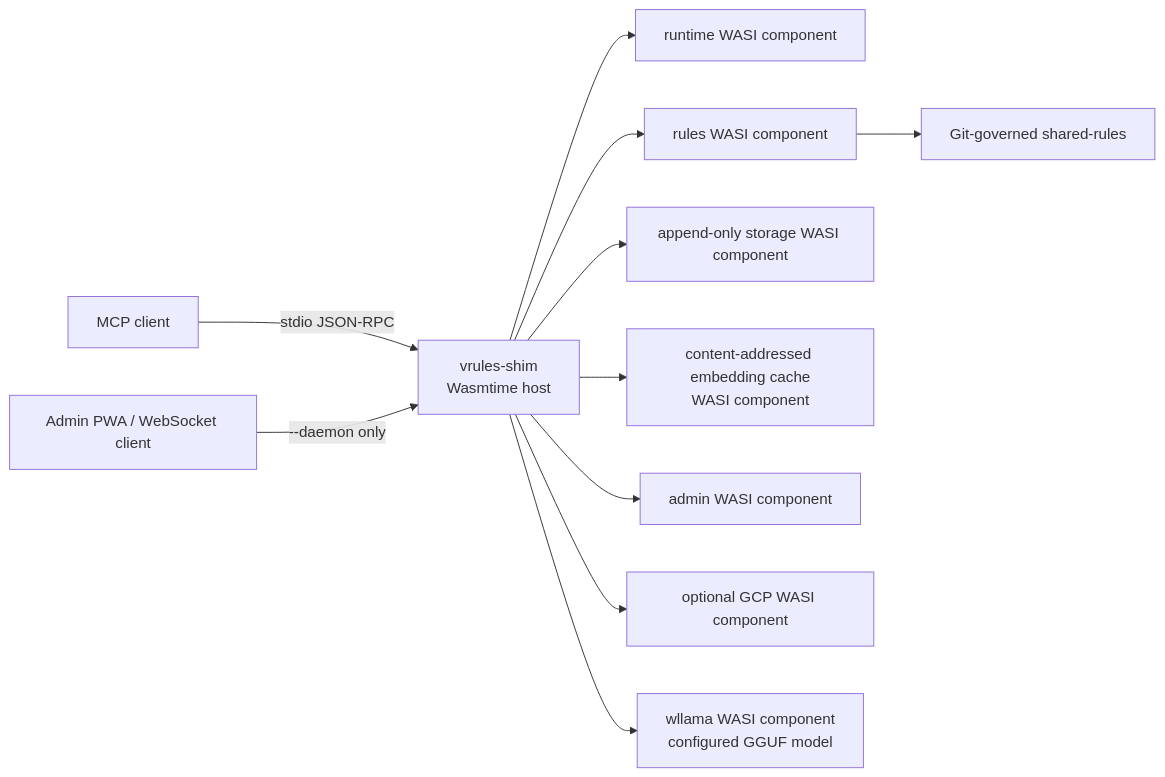
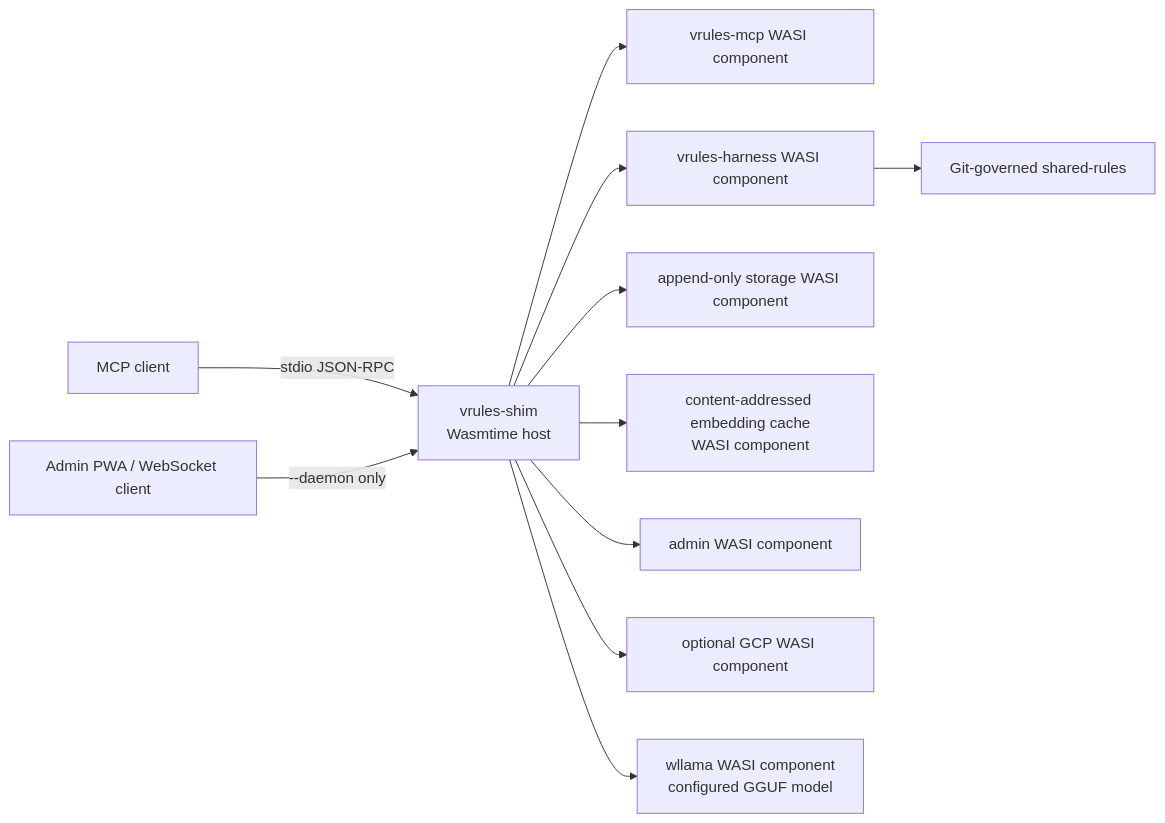
One commit to ops-ping/vector-rules changed the first of 2 diagrams in docs/ARCHITECTURE.md. Above: the diagram before and after it, drawn with Mermaid. The commit also changed other lines of this file and 22 other files, not shown here.

Commit message:
refactor: rename vrules-runtime -> vrules-mcp and vrules-rules -> vrules-harness, add component READMEs

````diff
--- a/docs/ARCHITECTURE.md
+++ b/docs/ARCHITECTURE.md
@@ -7,13 +7,13 @@
 ```mermaid
 flowchart LR
     Client["MCP client"] -->|stdio JSON-RPC| Host["vrules-shim<br/>Wasmtime host"]
     Browser["Admin PWA / WebSocket client"] -->|--daemon only| Host
-    Host --> Runtime["runtime WASI component"]
-    Host --> Rules["rules WASI component"]
+    Host --> MCP["vrules-mcp WASI component"]
+    Host --> Harness["vrules-harness WASI component"]
     Host --> Storage["append-only storage WASI component"]
     Host --> Cache["content-addressed embedding cache<br/>WASI component"]
     Host --> Admin["admin WASI component"]
     Host --> GCP["optional GCP WASI component"]
     Host --> Embedding["wllama WASI component<br/>configured GGUF model"]
-    Rules --> Repo["Git-governed shared-rules"]
+    Harness --> Repo["Git-governed shared-rules"]
 ```
````
